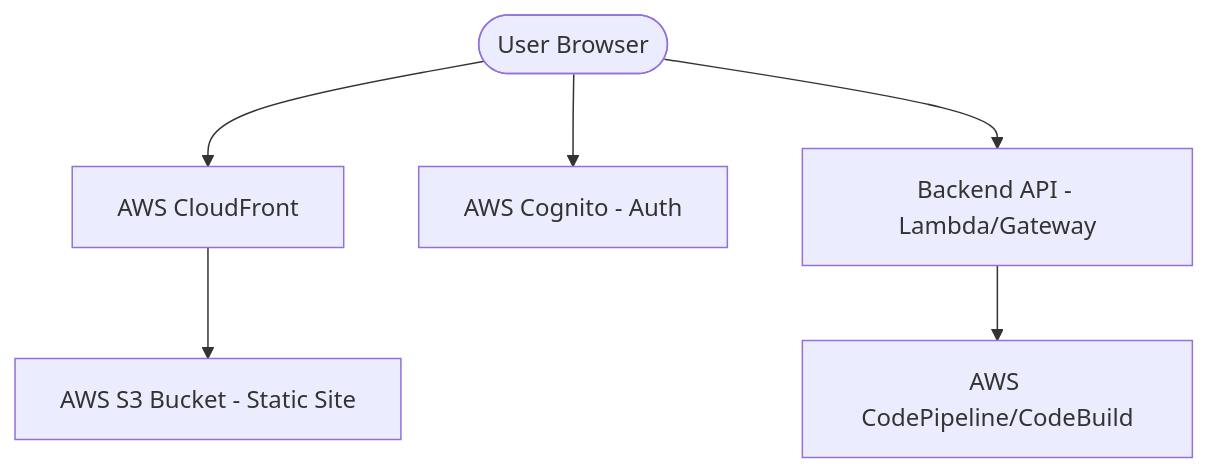
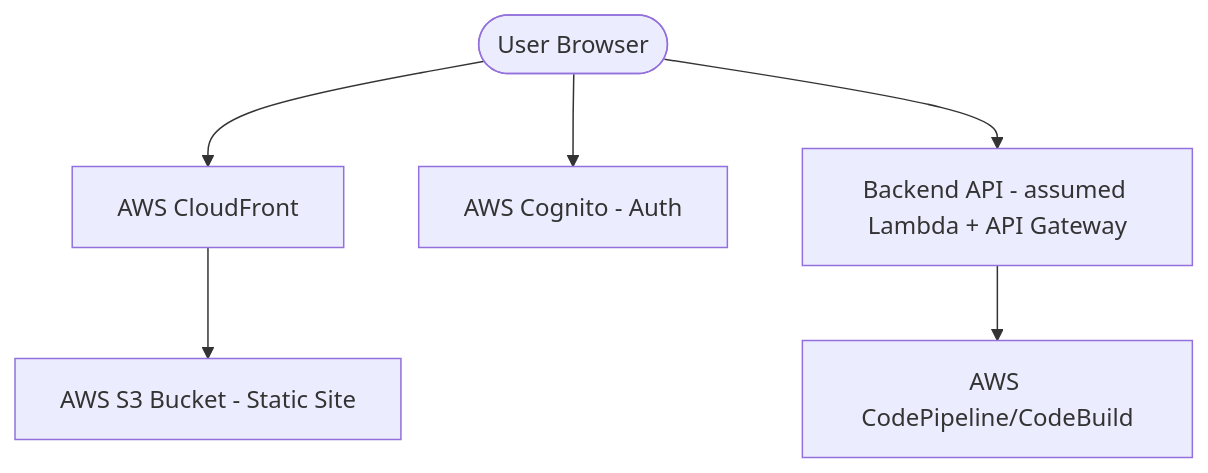
One commit to stevensblueprint/blueprint_deploy changed the diagram in docs/architecture-design-document.md. Above: the diagram before and after it, drawn with Mermaid. The commit also changed other lines of this file and 6 other files, not shown here.

````diff
--- a/docs/architecture-design-document.md
+++ b/docs/architecture-design-document.md
@@ -29,8 +31,8 @@
 ```mermaid
 graph TD
     User([User Browser]) --> CF[AWS CloudFront]
     CF --> S3[AWS S3 Bucket - Static Site]
     User --> Cognito[AWS Cognito - Auth]
-    User --> API[Backend API - Lambda/Gateway]
+    User --> API[Backend API - assumed Lambda + API Gateway]
     API --> Pipeline[AWS CodePipeline/CodeBuild]
 ```
````
